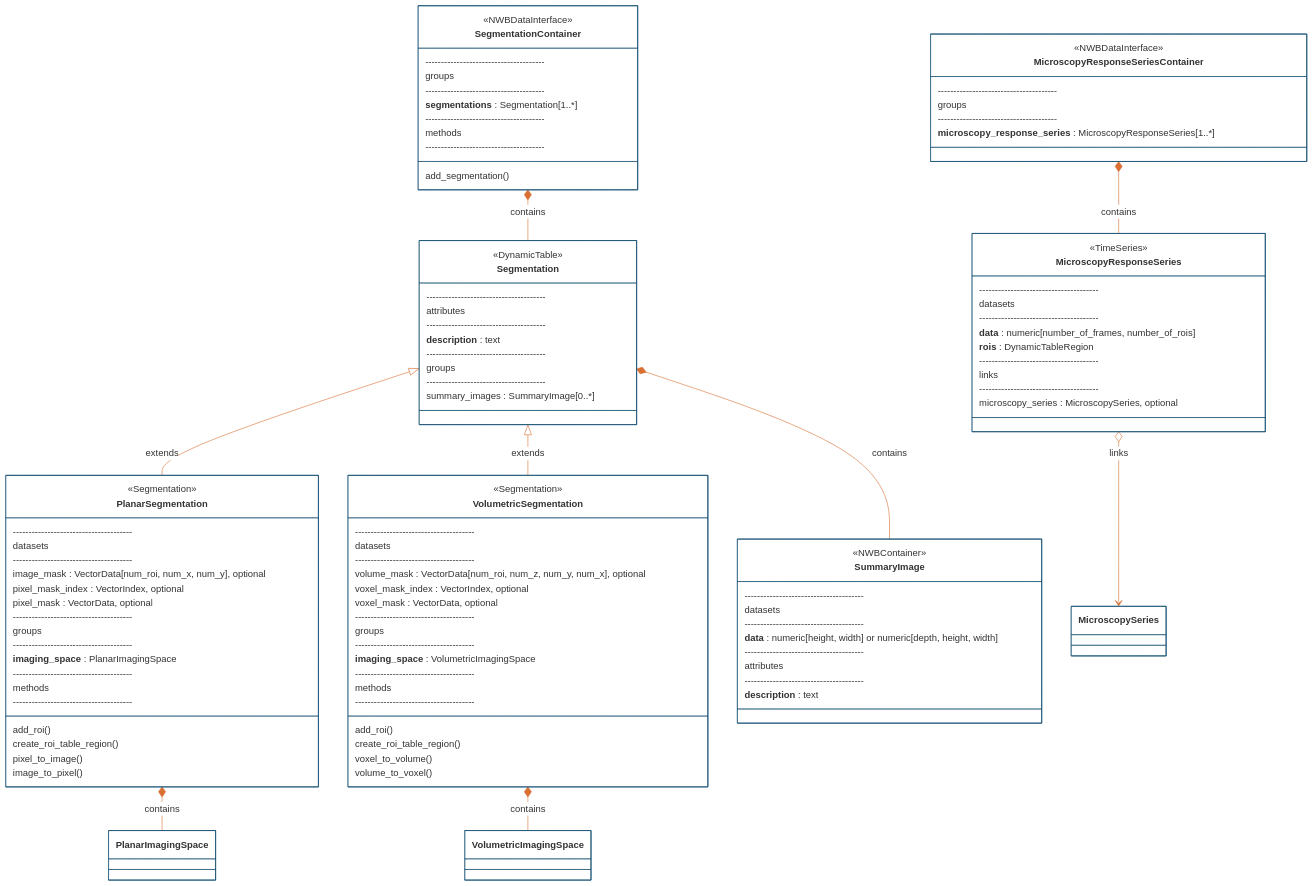
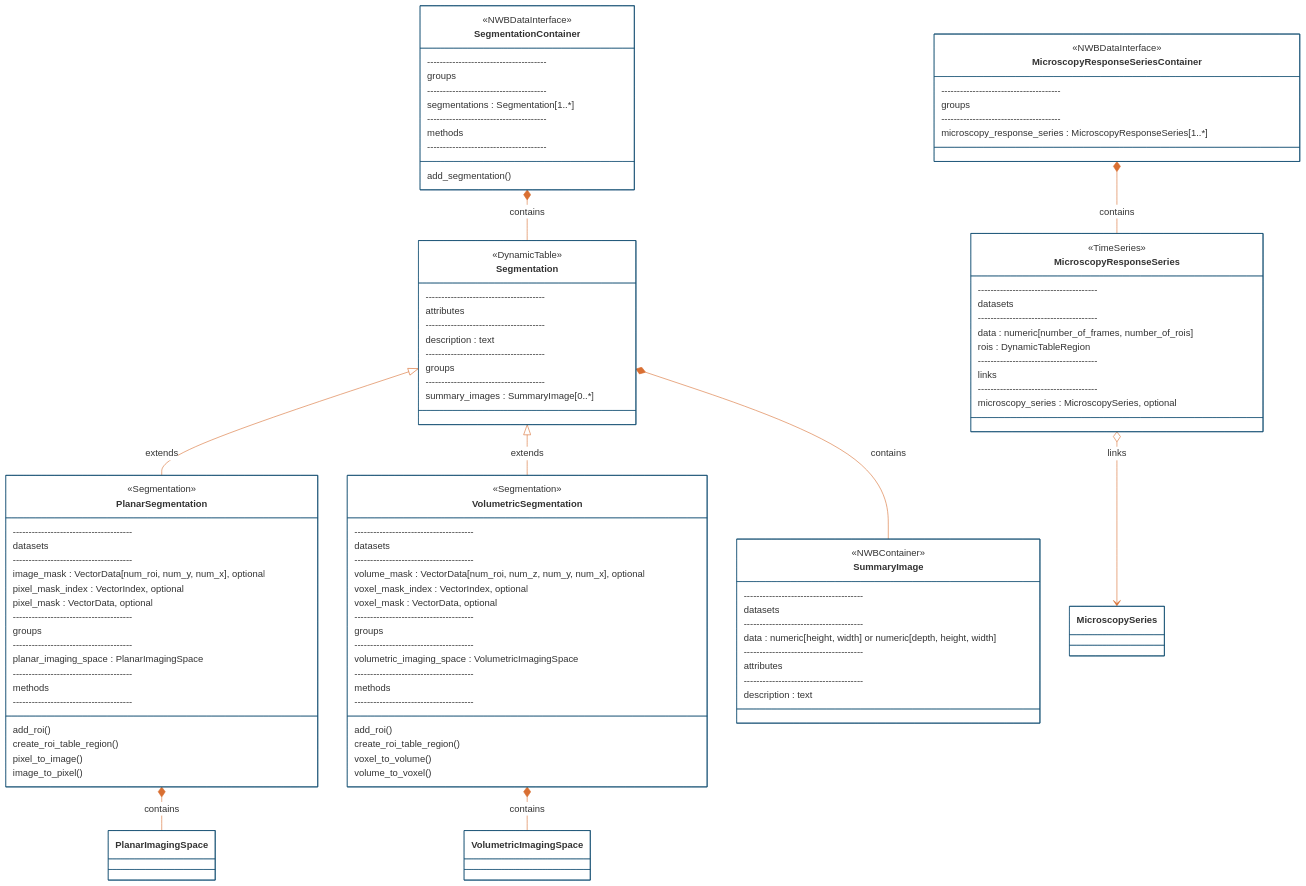
Before and after one commit to catalystneuro/ndx-microscopy: the fourth of 4 diagrams in README.md, drawn with Mermaid. The commit also changed other lines of this file, not shown here.

First line of the commit message:
Update the README diagrams to the 0.4.0 spec

```diff
--- a/README.md
+++ b/README.md
@@ -402,7 +476,7 @@
         --------------------------------------
         attributes
         --------------------------------------
-        **description** : text
+        description : text
         --------------------------------------
         groups
         --------------------------------------
@@ -414,13 +488,13 @@
         --------------------------------------
         datasets
         --------------------------------------
-        image_mask : VectorData[num_roi, num_x, num_y], optional
+        image_mask : VectorData[num_roi, num_y, num_x], optional
         pixel_mask_index : VectorIndex, optional
         pixel_mask : VectorData, optional
         --------------------------------------
         groups
         --------------------------------------
-        **imaging_space** : PlanarImagingSpace
+        planar_imaging_space : PlanarImagingSpace
         --------------------------------------
         methods
         --------------------------------------
@@ -441,7 +515,7 @@
         --------------------------------------
         groups
         --------------------------------------
-        **imaging_space** : VolumetricImagingSpace
+        volumetric_imaging_space : VolumetricImagingSpace
         --------------------------------------
         methods
         --------------------------------------
@@ -456,11 +530,11 @@
         --------------------------------------
         datasets
         --------------------------------------
-        **data** : numeric[height, width] or numeric[depth, height, width]
+        data : numeric[height, width] or numeric[depth, height, width]
         --------------------------------------
         attributes
         --------------------------------------
-        **description** : text
+        description : text
     }
 
     class SegmentationContainer {
@@ -468,7 +542,7 @@
         --------------------------------------
         groups
         --------------------------------------
-        **segmentations** : Segmentation[1..*]
+        segmentations : Segmentation[1..*]
         --------------------------------------
         methods
         --------------------------------------
@@ -480,8 +554,8 @@
         --------------------------------------
         datasets
         --------------------------------------
-        **data** : numeric[number_of_frames, number_of_rois]
-        **rois** : DynamicTableRegion
+        data : numeric[number_of_frames, number_of_rois]
+        rois : DynamicTableRegion
         --------------------------------------
         links
         --------------------------------------
@@ -493,7 +567,7 @@
         --------------------------------------
         groups
         --------------------------------------
-        **microscopy_response_series** : MicroscopyResponseSeries[1..*]
+        microscopy_response_series : MicroscopyResponseSeries[1..*]
     }
 
     Segmentation <|-- PlanarSegmentation : extends
```
